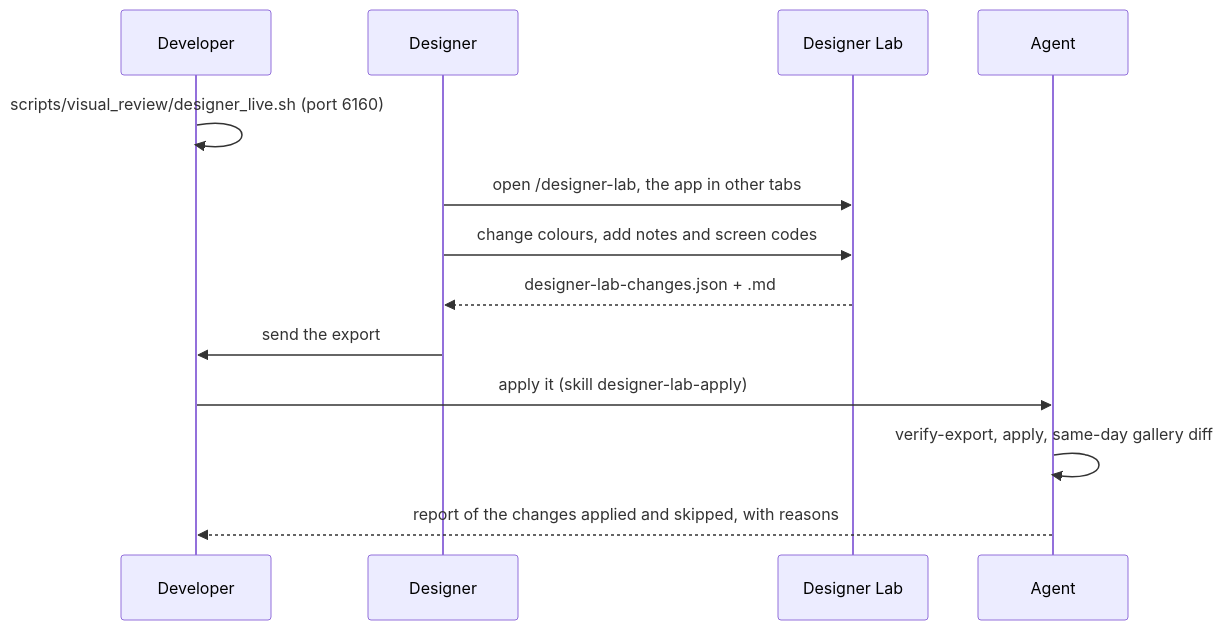
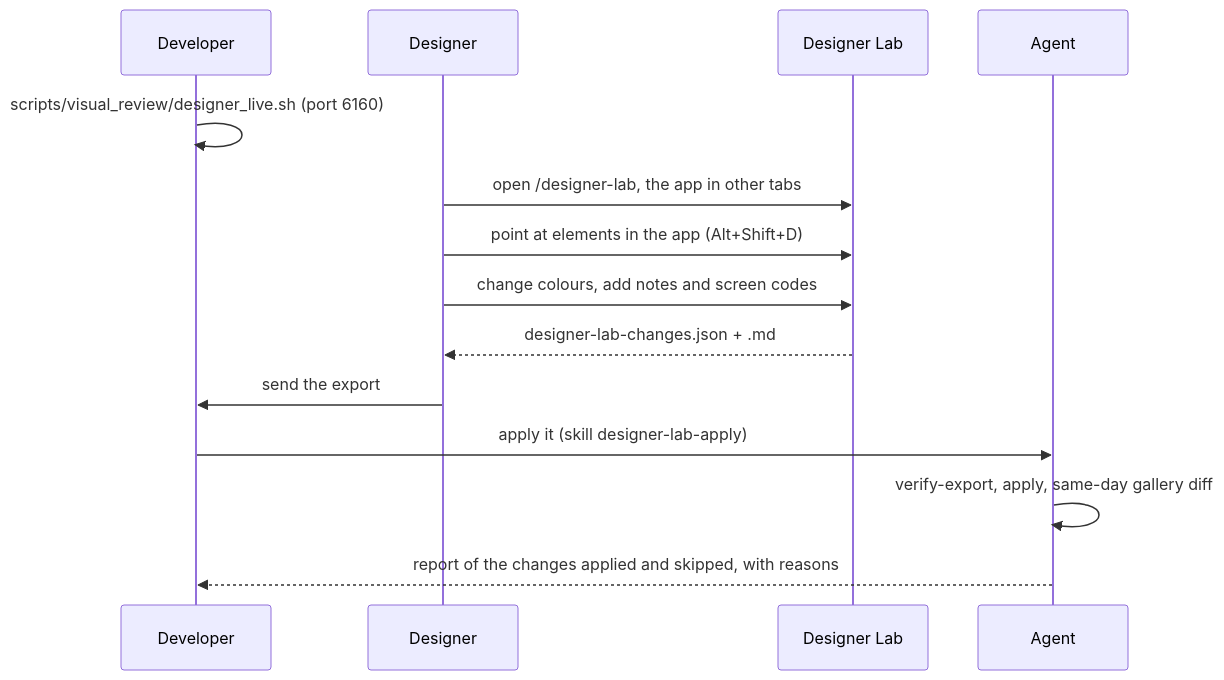
One commit to Librefolio/LibreFolio changed the second of 2 diagrams in mkdocs_src/docs/developer/frontend/designer-lab.md. Above: the diagram before and after it, drawn with Mermaid. The commit also changed other lines of this file and 51 other files, not shown here.

````diff
--- a/mkdocs_src/docs/developer/frontend/designer-lab.md
+++ b/mkdocs_src/docs/developer/frontend/designer-lab.md
@@ -476,15 +895,16 @@
 ```mermaid
 sequenceDiagram
     participant Dev as Developer
     participant D as Designer
     participant Lab as Designer Lab
     participant A as Agent
     Dev->>Dev: scripts/visual_review/designer_live.sh (port 6160)
     D->>Lab: open /designer-lab, the app in other tabs
+    D->>Lab: point at elements in the app (Alt+Shift+D)
     D->>Lab: change colours, add notes and screen codes
     Lab-->>D: designer-lab-changes.json + .md
     D->>Dev: send the export
     Dev->>A: apply it (skill designer-lab-apply)
     A->>A: verify-export, apply, same-day gallery diff
     A-->>Dev: report of the changes applied and skipped, with reasons
 ```
````
